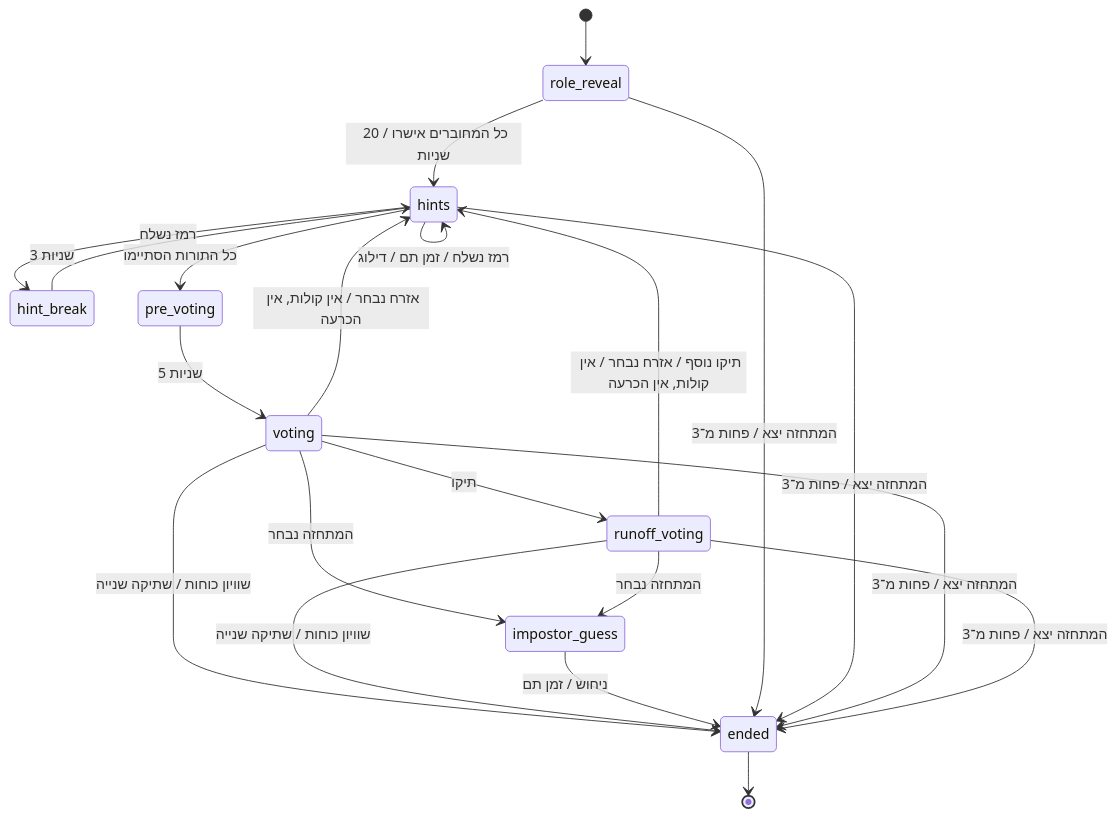
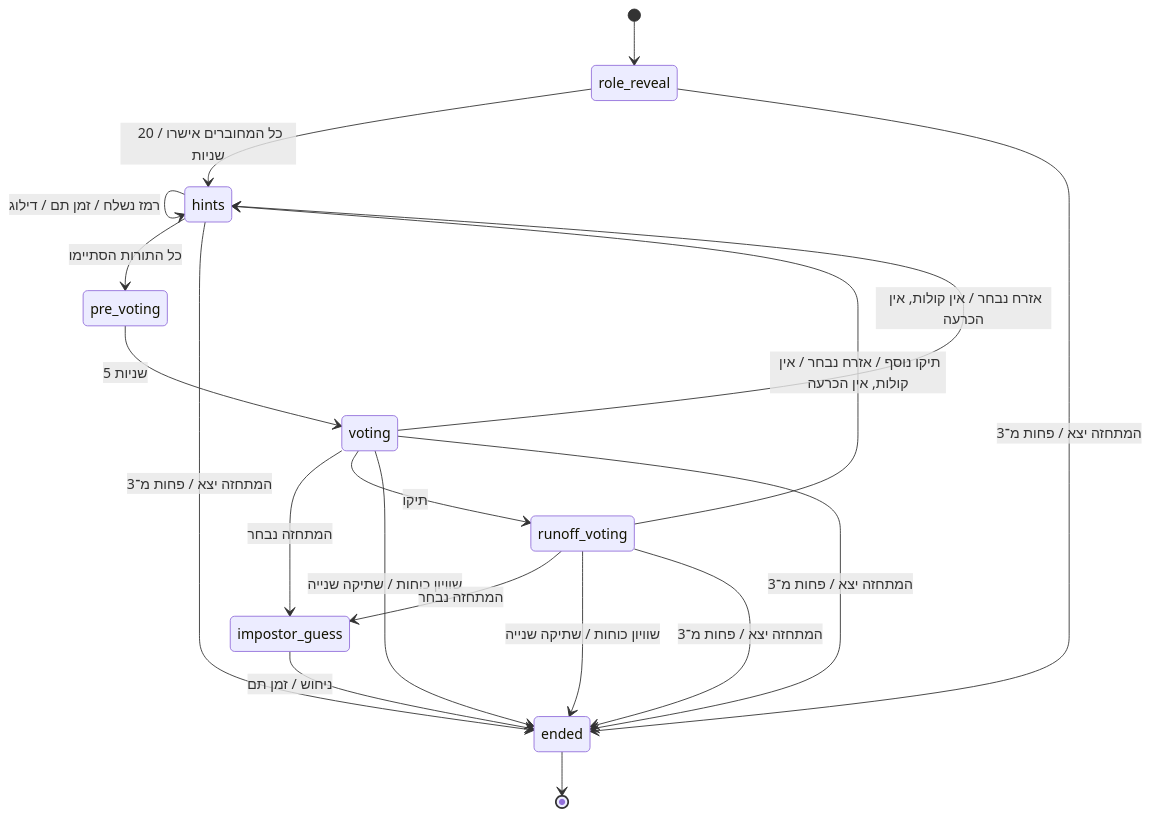
One commit to dorohayon/Imposter-IL changed the first of 4 diagrams in docs/architecture.md. Above: the diagram before and after it, drawn with Mermaid. The commit also changed other lines of this file and 14 other files, not shown here.

````diff
--- a/docs/architecture.md
+++ b/docs/architecture.md
@@ -75,23 +75,21 @@
 ```mermaid
 stateDiagram-v2
     [*] --> role_reveal
     role_reveal --> hints: כל המחוברים אישרו / 20 שניות
     hints --> hints: רמז נשלח / זמן תם / דילוג
-    hints --> hint_break: רמז נשלח
-    hint_break --> hints: 3 שניות
     hints --> pre_voting: כל התורות הסתיימו
     pre_voting --> voting: 5 שניות
     voting --> impostor_guess: המתחזה נבחר
     voting --> runoff_voting: תיקו
     voting --> hints: אזרח נבחר / אין קולות, אין הכרעה
     voting --> ended: שוויון כוחות / שתיקה שנייה
     runoff_voting --> impostor_guess: המתחזה נבחר
     runoff_voting --> hints: תיקו נוסף / אזרח נבחר / אין קולות, אין הכרעה
     runoff_voting --> ended: שוויון כוחות / שתיקה שנייה
     impostor_guess --> ended: ניחוש / זמן תם
     role_reveal --> ended: המתחזה יצא / פחות מ־3
     hints --> ended: המתחזה יצא / פחות מ־3
     voting --> ended: המתחזה יצא / פחות מ־3
     runoff_voting --> ended: המתחזה יצא / פחות מ־3
     ended --> [*]
 ```
````
